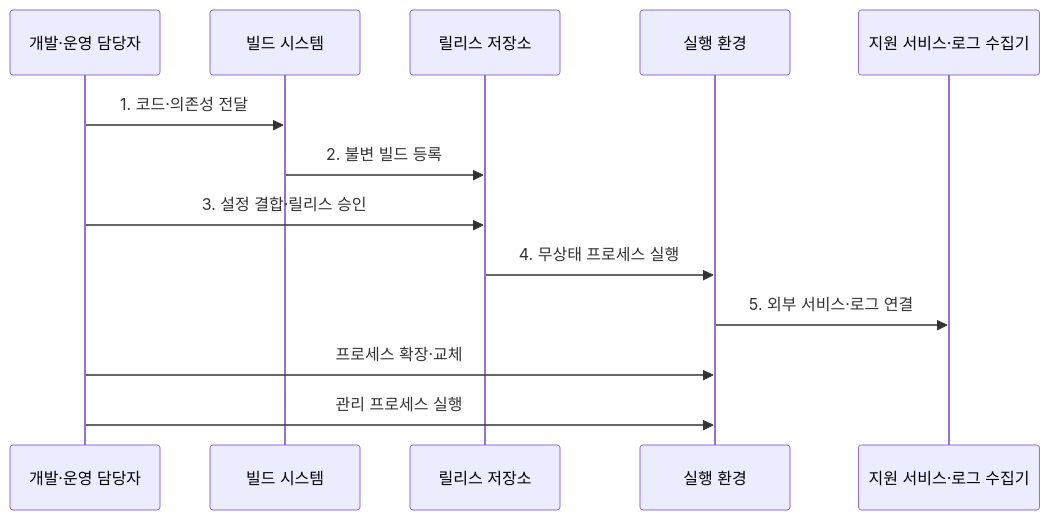
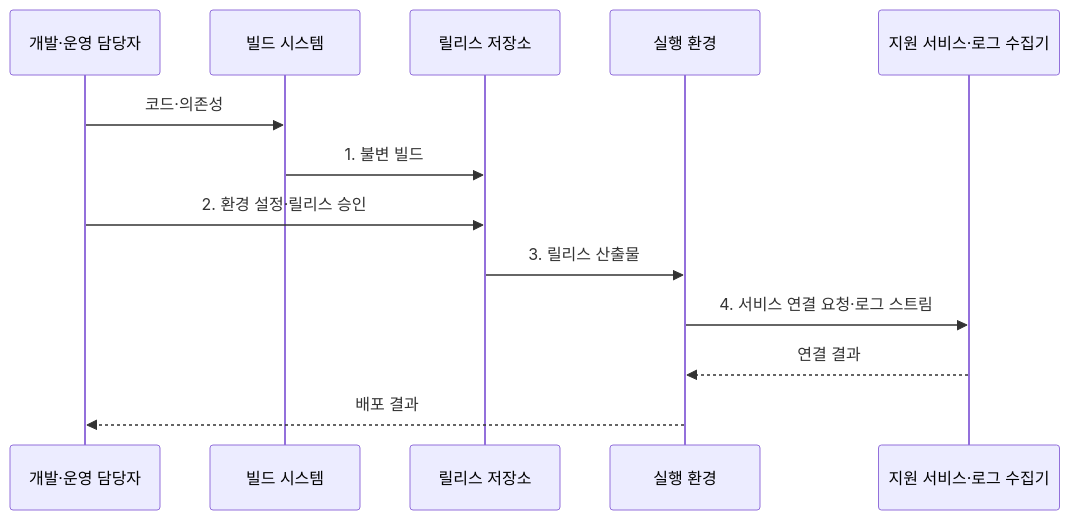
One commit to agnusdei1207/knowledge-base changed the diagram in src/content/docs/notes/03-software/045_twelve_factor_app.md. Above: the diagram before and after it, drawn with Mermaid. The commit also changed other lines of this file and 20 other files, not shown here.

````diff
--- a/src/content/docs/notes/03-software/045_twelve_factor_app.md
+++ b/src/content/docs/notes/03-software/045_twelve_factor_app.md
@@ -94,15 +82,15 @@
 ```mermaid
 sequenceDiagram
     participant D as 개발·운영 담당자
     participant B as 빌드 시스템
     participant R as 릴리스 저장소
     participant P as 실행 환경
     participant S as 지원 서비스·로그 수집기
-    D->>B: 1. 코드·의존성 전달
-    B->>R: 2. 불변 빌드 등록
-    D->>R: 3. 설정 결합·릴리스 승인
-    R->>P: 4. 무상태 프로세스 실행
-    P->>S: 5. 외부 서비스·로그 연결
-    D->>P: 프로세스 확장·교체
-    D->>P: 관리 프로세스 실행
+    D->>B: 코드·의존성
+    B->>R: 1. 불변 빌드
+    D->>R: 2. 환경 설정·릴리스 승인
+    R->>P: 3. 릴리스 산출물
+    P->>S: 4. 서비스 연결 요청·로그 스트림
+    S-->>P: 연결 결과
+    P-->>D: 배포 결과
 ```
````
